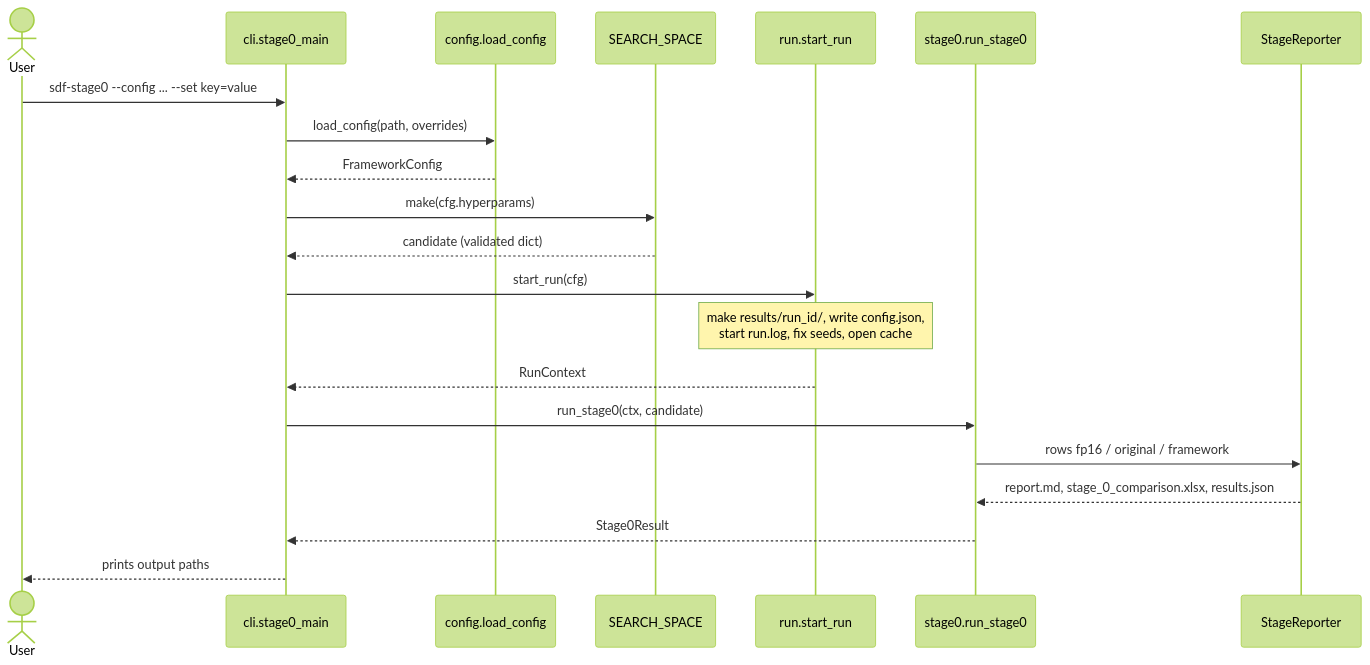
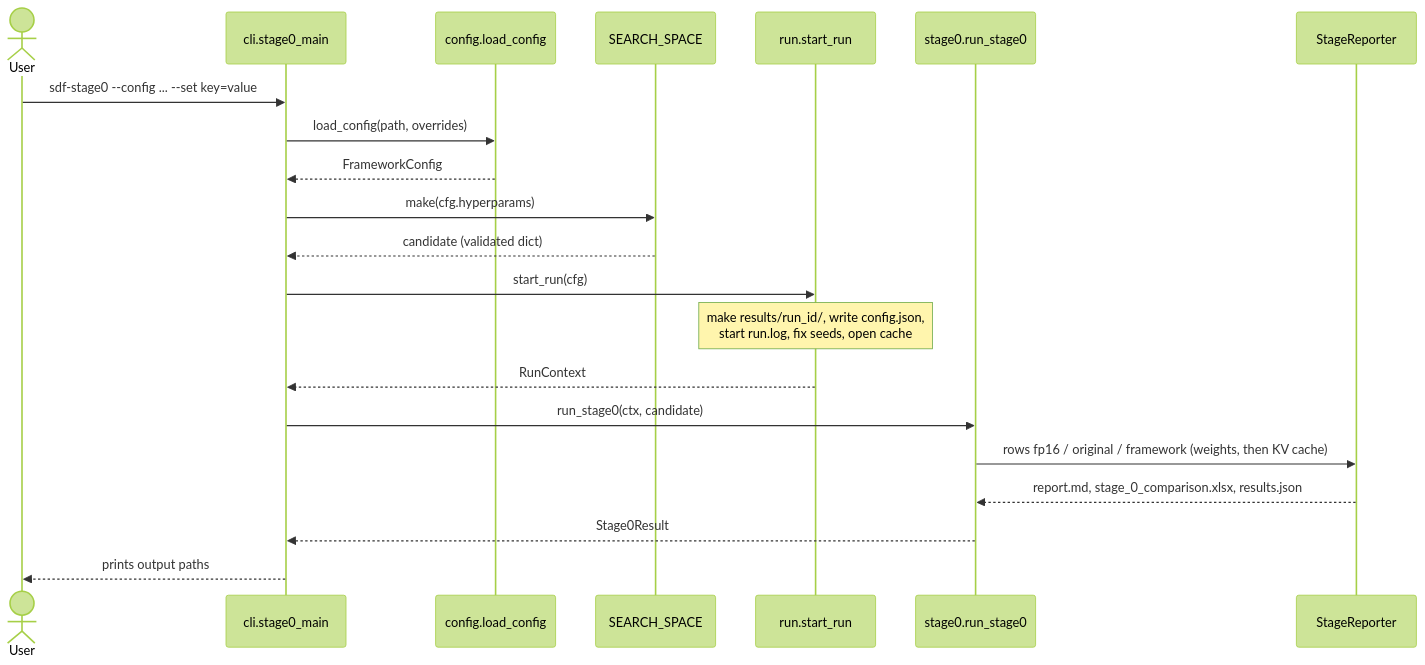
One commit to hamuutpls/sensitivity-driven-framework changed the second of 3 diagrams in docs/diagrams/README.md. Above: the diagram before and after it, drawn with Mermaid (forest theme). The commit also changed 3 other files, not shown here.

First line of the commit message:
Diagrams: layer removal is the default score; draw the Stage 0 KV cache plan

````diff
--- a/docs/diagrams/README.md
+++ b/docs/diagrams/README.md
@@ -201,24 +201,24 @@
 ```mermaid
 sequenceDiagram
     actor User
     participant CLI as cli.stage0_main
     participant Cfg as config.load_config
     participant Space as SEARCH_SPACE
     participant Run as run.start_run
     participant S0 as stage0.run_stage0
     participant Rep as StageReporter
 
     User->>CLI: sdf-stage0 --config ... --set key=value
     CLI->>Cfg: load_config(path, overrides)
     Cfg-->>CLI: FrameworkConfig
     CLI->>Space: make(cfg.hyperparams)
     Space-->>CLI: candidate (validated dict)
     CLI->>Run: start_run(cfg)
     Note over Run: make results/run_id/, write config.json,<br/>start run.log, fix seeds, open cache
     Run-->>CLI: RunContext
     CLI->>S0: run_stage0(ctx, candidate)
-    S0->>Rep: rows fp16 / original / framework
+    S0->>Rep: rows fp16 / original / framework (weights, then KV cache)
     Rep-->>S0: report.md, stage_0_comparison.xlsx, results.json
     S0-->>CLI: Stage0Result
     CLI-->>User: prints output paths
 ```
````
